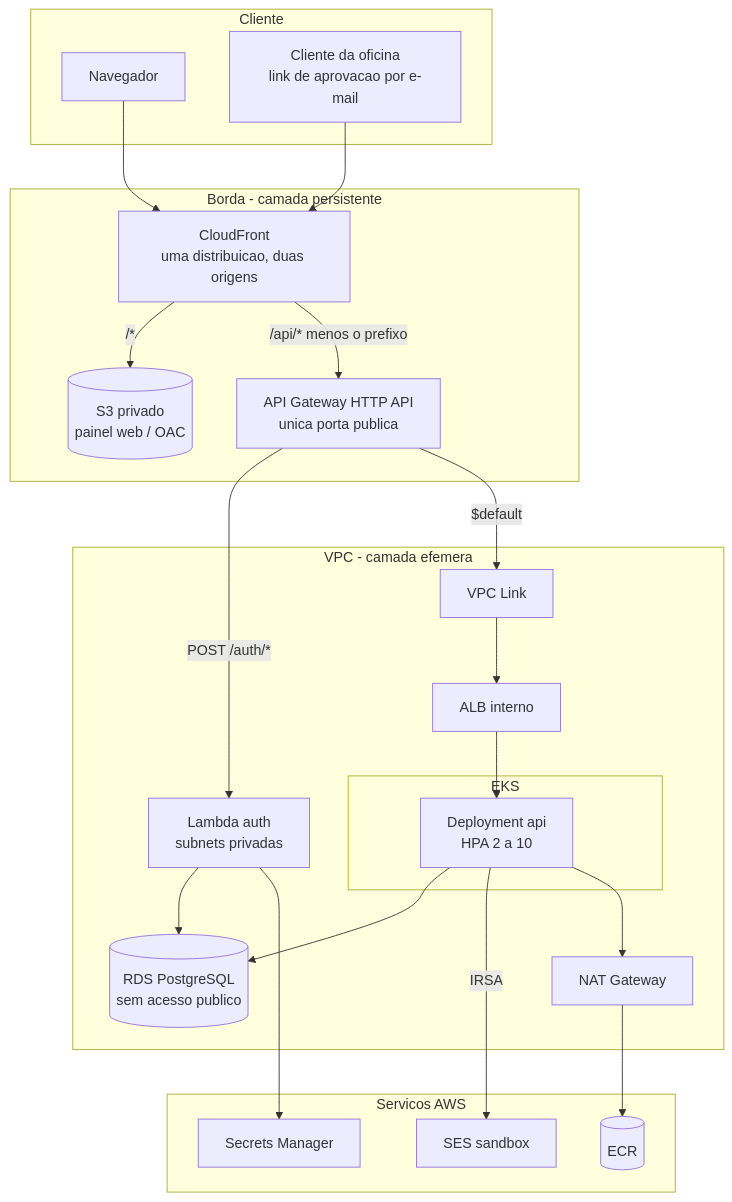
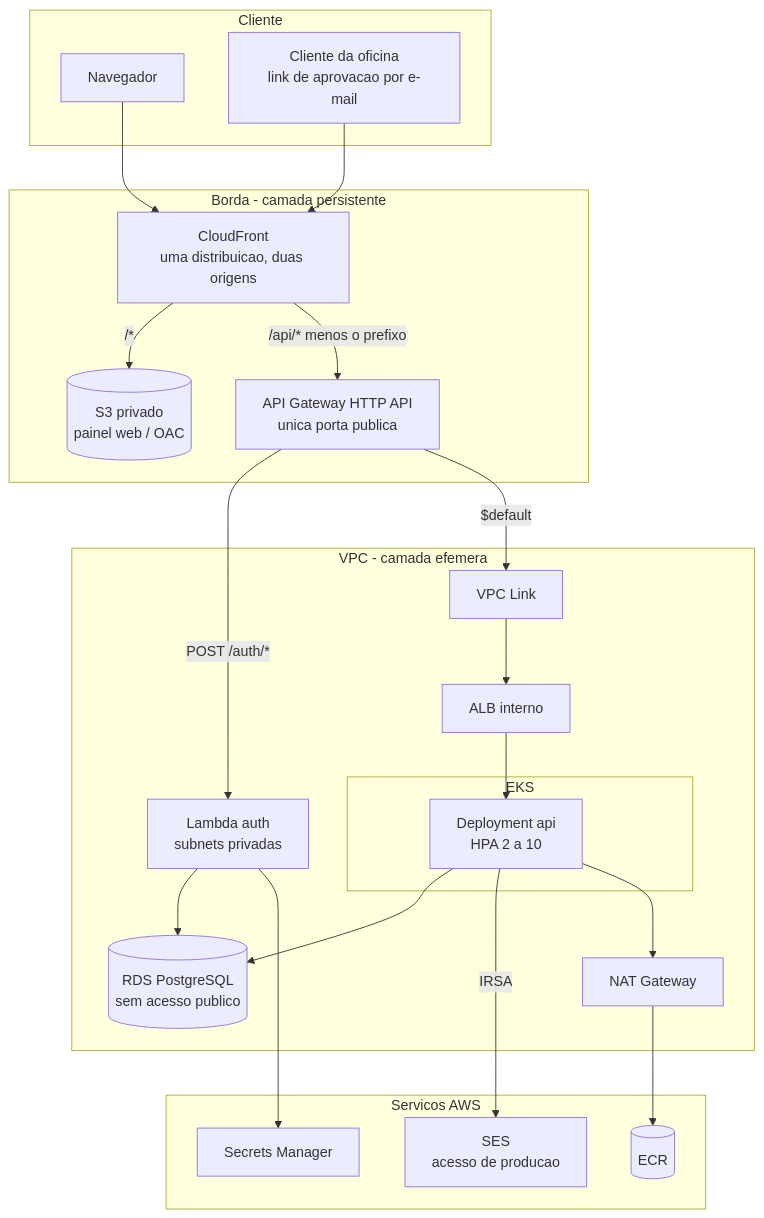
Before and after one commit to SOAT-15-Oficina/oficina-mecanica-infrastructure: the first of 2 diagrams in README.md, drawn with Mermaid. The commit also changed other lines of this file and 30 other files, not shown here.

First line of the commit message:
Documenta a arquitetura em diagramas, RFCs e ADRs

````diff
--- a/README.md
+++ b/README.md
@@ -21,42 +40,42 @@
 ```mermaid
 flowchart TB
     subgraph browser [Cliente]
         U[Navegador]
         MAIL[Cliente da oficina<br/>link de aprovacao por e-mail]
     end
 
     subgraph edge [Borda - camada persistente]
         CF[CloudFront<br/>uma distribuicao, duas origens]
         S3[(S3 privado<br/>painel web / OAC)]
         GW[API Gateway HTTP API<br/>unica porta publica]
     end
 
     subgraph vpc [VPC - camada efemera]
         LINK[VPC Link]
         ALB[ALB interno]
         subgraph eks [EKS]
             POD[Deployment api<br/>HPA 2 a 10]
         end
         LMB[Lambda auth<br/>subnets privadas]
         RDS[(RDS PostgreSQL<br/>sem acesso publico)]
         NAT[NAT Gateway]
     end
 
     subgraph aws [Servicos AWS]
-        SES[SES sandbox]
+        SES[SES<br/>acesso de producao]
         SM[Secrets Manager]
         ECR[(ECR)]
     end
 
     U --> CF
     MAIL --> CF
     CF -->|/*| S3
     CF -->|/api/* menos o prefixo| GW
     GW -->|POST /auth/*| LMB
     GW -->|$default| LINK --> ALB --> POD
     LMB --> RDS
     POD --> RDS
     POD -->|IRSA| SES
     LMB --> SM
     POD --> NAT --> ECR
 ```
````
